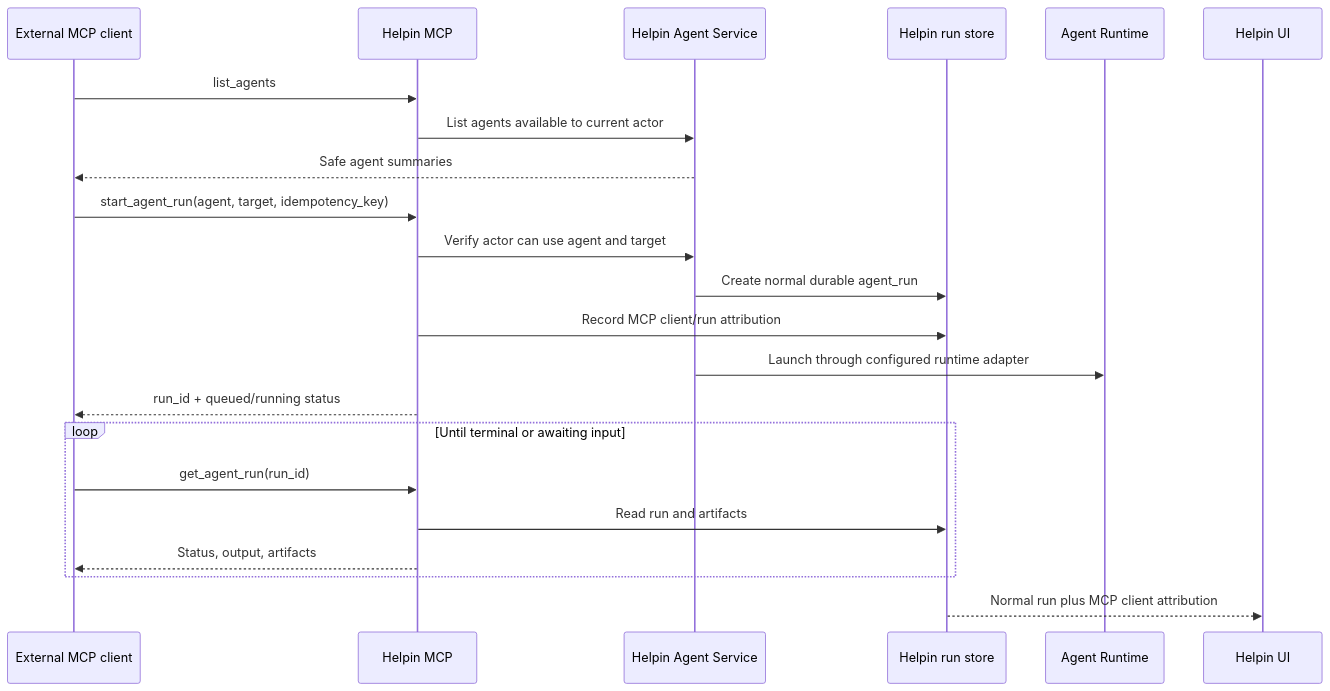
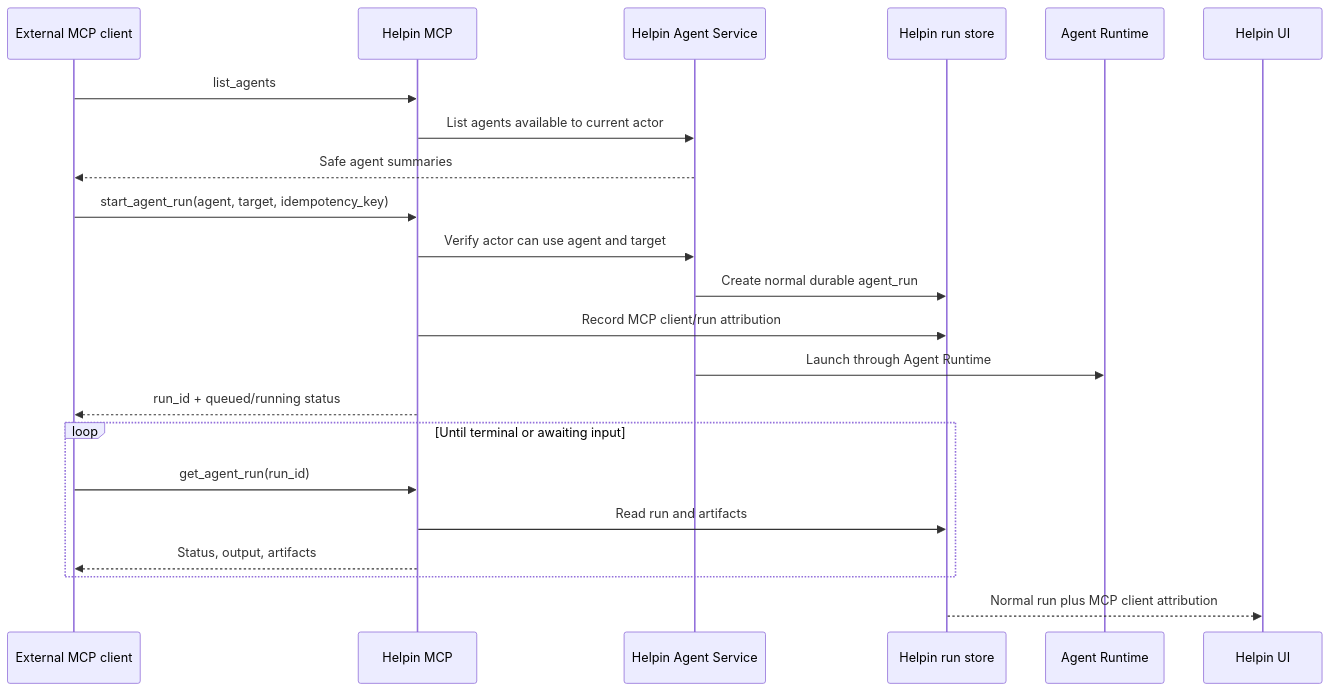
Before and after one commit to helpin-ai/helpin: the fifth of 6 diagrams in docs/public-mcp-server.md, drawn with Mermaid. The commit also changed other lines of this file and 98 other files, not shown here.

````diff
--- a/docs/public-mcp-server.md
+++ b/docs/public-mcp-server.md
@@ -375,25 +377,25 @@
 ```mermaid
 sequenceDiagram
     participant C as External MCP client
     participant M as Helpin MCP
     participant A as Helpin Agent Service
     participant DB as Helpin run store
     participant AR as Agent Runtime
     participant UI as Helpin UI
 
     C->>M: list_agents
     M->>A: List agents available to current actor
     A-->>C: Safe agent summaries
     C->>M: start_agent_run(agent, target, idempotency_key)
     M->>A: Verify actor can use agent and target
     A->>DB: Create normal durable agent_run
     M->>DB: Record MCP client/run attribution
-    A->>AR: Launch through configured runtime adapter
+    A->>AR: Launch through Agent Runtime
     M-->>C: run_id + queued/running status
     loop Until terminal or awaiting input
         C->>M: get_agent_run(run_id)
         M->>DB: Read run and artifacts
         M-->>C: Status, output, artifacts
     end
     DB-->>UI: Normal run plus MCP client attribution
 ```
````
